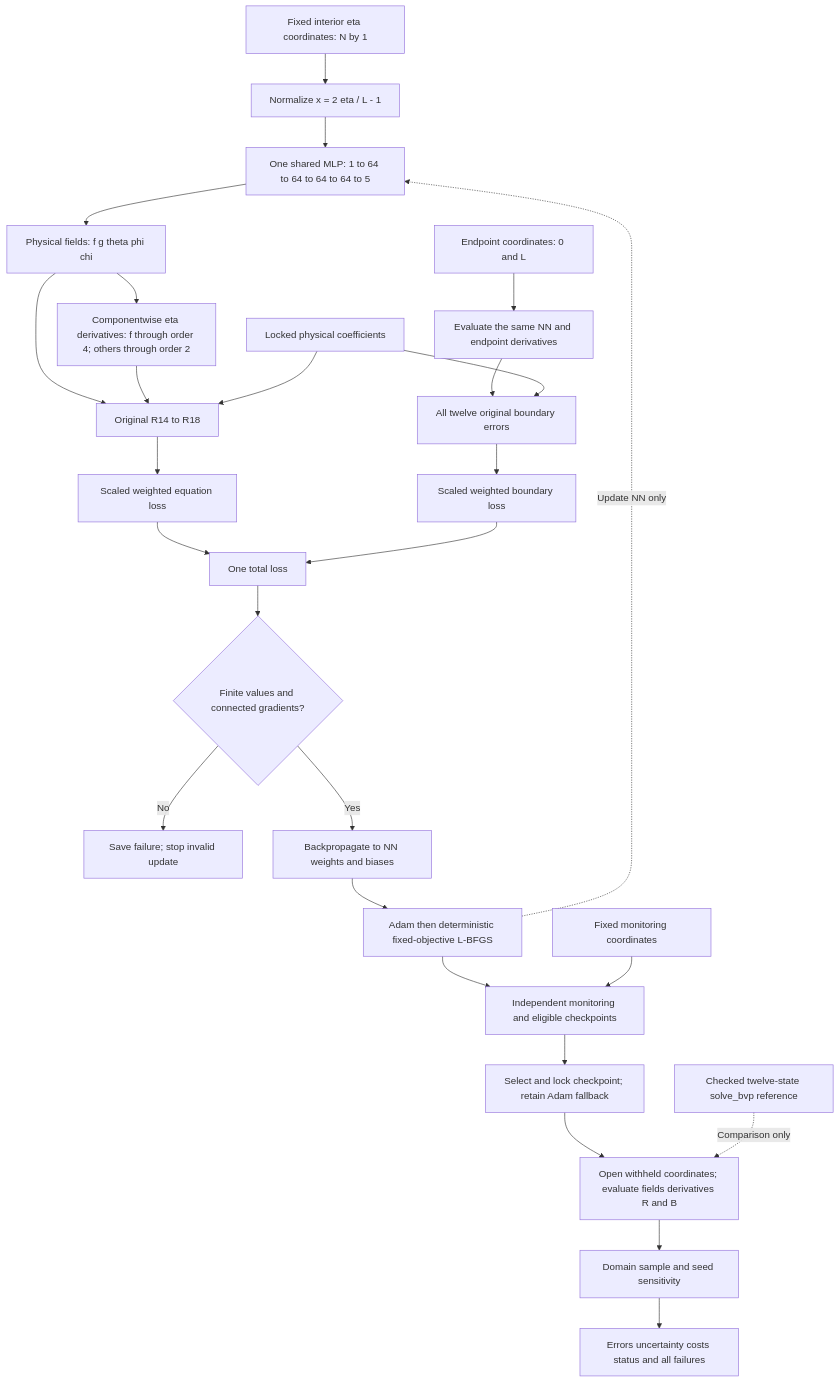
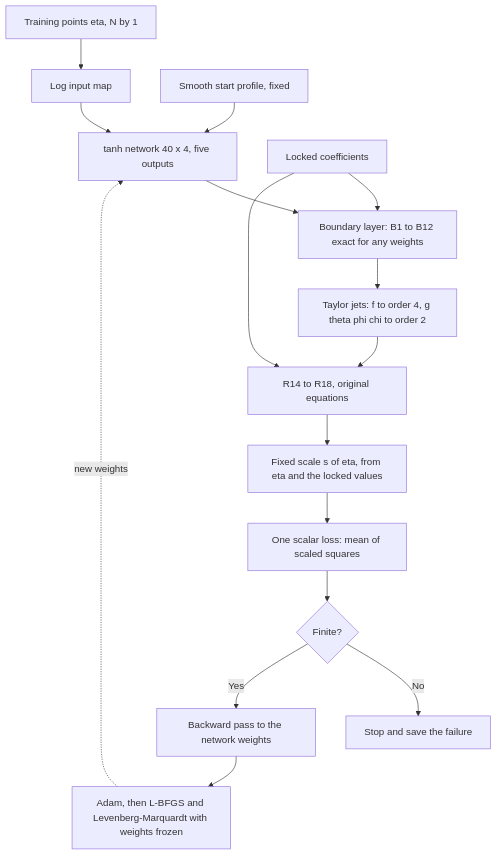
Before and after one commit to ihmorol/bvp-boundary-pinn: the second of 4 diagrams in docs/methodology/flowcharts.md, drawn with Mermaid. The commit also changed other lines of this file and 105 other files, not shown here.

````diff
--- a/docs/methodology/flowcharts.md
+++ b/docs/methodology/flowcharts.md
@@ -40,29 +40,18 @@
 ```mermaid
 flowchart TD
-  I[Fixed interior eta coordinates: N by 1] --> X[Normalize x = 2 eta / L - 1]
-  X --> NN[One shared MLP: 1 to 64 to 64 to 64 to 64 to 5]
-  NN --> U[Physical fields: f g theta phi chi]
-  U --> D[Componentwise eta derivatives: f through order 4; others through order 2]
-  U --> R[Original R14 to R18]
-  D --> R
-  P[Locked physical coefficients] --> R
-  E[Endpoint coordinates: 0 and L] --> EN[Evaluate the same NN and endpoint derivatives]
-  EN --> B[All twelve original boundary errors]
-  P --> B
-  R --> JR[Scaled weighted equation loss]
-  B --> JB[Scaled weighted boundary loss]
-  JR --> J[One total loss]
-  JB --> J
-  J --> FIN{Finite values and connected gradients?}
-  FIN -->|No| FAIL[Save failure; stop invalid update]
-  FIN -->|Yes| G[Backpropagate to NN weights and biases]
-  G --> OPT[Adam then deterministic fixed-objective L-BFGS]
-  OPT -.->|Update NN only| NN
-  OPT --> MON[Independent monitoring and eligible checkpoints]
-  MPTS[Fixed monitoring coordinates] --> MON
-  MON --> LOCK[Select and lock checkpoint; retain Adam fallback]
-  LOCK --> TEST[Open withheld coordinates; evaluate fields derivatives R and B]
-  REF[Checked twelve-state solve_bvp reference] -.->|Comparison only| TEST
-  TEST --> SEN[Domain sample and seed sensitivity]
-  SEN --> REPORT[Errors uncertainty costs status and all failures]
+  I[Training points eta, N by 1] --> X[Log input map]
+  X --> NN[tanh network 40 x 4, five outputs]
+  ST[Smooth start profile, fixed] --> NN
+  NN --> BL[Boundary layer: B1 to B12 exact for any weights]
+  P[Locked coefficients] --> BL
+  BL --> J[Taylor jets: f to order 4, g theta phi chi to order 2]
+  J --> R[R14 to R18, original equations]
+  P --> R
+  R --> S[Fixed scale s of eta, from eta and the locked values]
+  S --> L[One scalar loss: mean of scaled squares]
+  L --> FIN{Finite?}
+  FIN -->|No| FAIL[Stop and save the failure]
+  FIN -->|Yes| G[Backward pass to the network weights]
+  G --> OPT[Adam, then L-BFGS and Levenberg-Marquardt with weights frozen]
+  OPT -.->|new weights| NN
 ```
````
